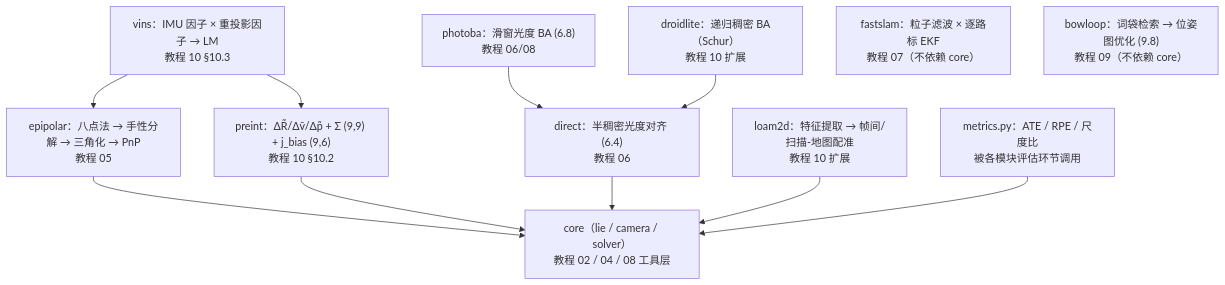
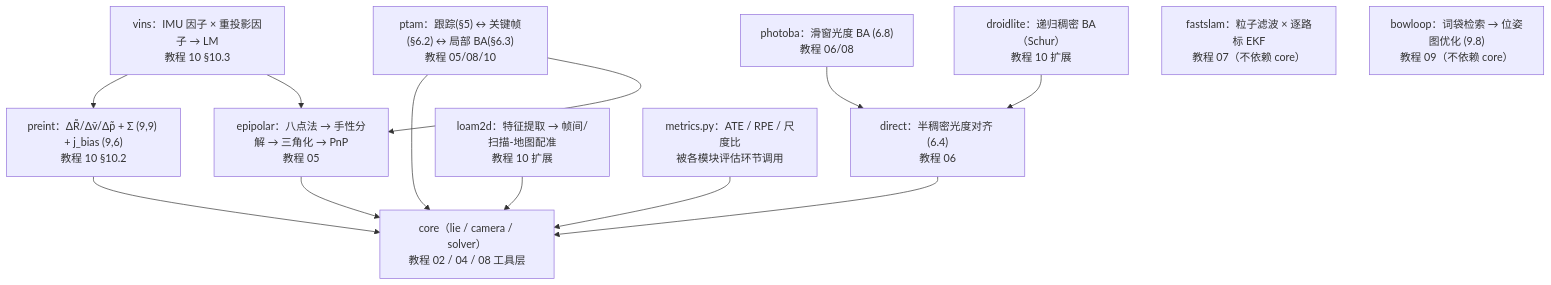
One commit to xMathematics/RoboTwinTutorial changed the diagram in projects/slam/TUTORIAL.md. Above: the diagram before and after it, drawn with Mermaid. The commit also changed other lines of this file and 7 other files, not shown here.

Commit message:
feat(slam): 新增 PTAM 教学代理（两任务分离/关键帧/局部 BA，80→87 项测试）+ 18 篇论文代码映射表

````diff
--- a/projects/slam/TUTORIAL.md
+++ b/projects/slam/TUTORIAL.md
@@ -528,24 +585,27 @@
 ```mermaid
 flowchart TD
     CORE["core（lie / camera / solver）<br>教程 02 / 04 / 08 工具层"]
     EPI["epipolar：八点法 → 手性分解 → 三角化 → PnP<br>教程 05"]
     PREINT["preint：ΔR̃/Δṽ/Δp̃ + Σ (9,9) + j_bias (9,6)<br>教程 10 §10.2"]
     DIRECT["direct：半稠密光度对齐 (6.4)<br>教程 06"]
     PHOTOBA["photoba：滑窗光度 BA (6.8)<br>教程 06/08"]
     DROID["droidlite：递归稠密 BA（Schur）<br>教程 10 扩展"]
     VINS["vins：IMU 因子 × 重投影因子 → LM<br>教程 10 §10.3"]
     LOAM["loam2d：特征提取 → 帧间/扫描-地图配准<br>教程 10 扩展"]
+    PTAM["ptam：跟踪(§5) ↔ 关键帧(§6.2) ↔ 局部 BA(§6.3)<br>教程 05/08/10"]
     FASTSLAM["fastslam：粒子滤波 × 逐路标 EKF<br>教程 07（不依赖 core）"]
     BOW["bowloop：词袋检索 → 位姿图优化 (9.8)<br>教程 09（不依赖 core）"]
     METRICS["metrics.py：ATE / RPE / 尺度比<br>被各模块评估环节调用"]
 
     EPI --> CORE
     PREINT --> CORE
     DIRECT --> CORE
     LOAM --> CORE
     METRICS --> CORE
+    PTAM --> CORE
+    PTAM --> EPI
     VINS --> PREINT
     VINS --> EPI
     PHOTOBA --> DIRECT
     DROID --> DIRECT
 ```
````
